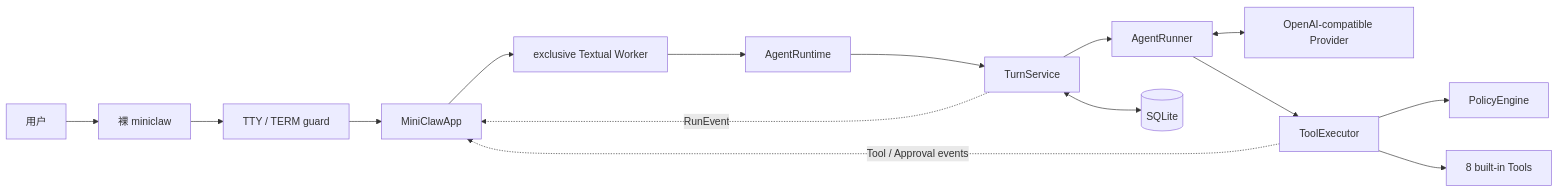
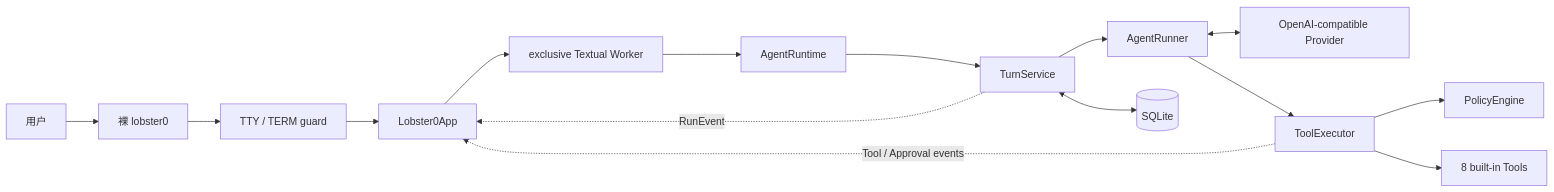
One commit to NEDONION/lobster0 changed the second of 8 diagrams in docs/engineering/phase-2/20260808_single-entry-tui.md. Above: the diagram before and after it, drawn with Mermaid. The commit also changed other lines of this file and 221 other files, not shown here.

````diff
--- a/docs/engineering/phase-2/20260808_single-entry-tui.md
+++ b/docs/engineering/phase-2/20260808_single-entry-tui.md
@@ -67,17 +67,17 @@
 ```mermaid
 flowchart LR
-    USER["用户"] --> CLI["裸 miniclaw"]
+    USER["用户"] --> CLI["裸 lobster0"]
     CLI --> TTY["TTY / TERM guard"]
-    TTY --> APP["MiniClawApp"]
+    TTY --> APP["Lobster0App"]
     APP --> WORKER["exclusive Textual Worker"]
     WORKER --> RUNTIME["AgentRuntime"]
     RUNTIME --> TURN["TurnService"]
     TURN --> RUNNER["AgentRunner"]
     RUNNER <--> MODEL["OpenAI-compatible Provider"]
     RUNNER --> EXEC["ToolExecutor"]
     EXEC --> POLICY["PolicyEngine"]
     EXEC --> TOOL["8 built-in Tools"]
     TURN <--> DB[("SQLite")]
     TURN -. "RunEvent" .-> APP
     EXEC -. "Tool / Approval events" .-> APP
 ```
````
